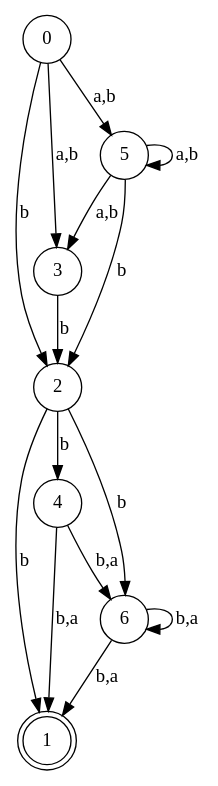
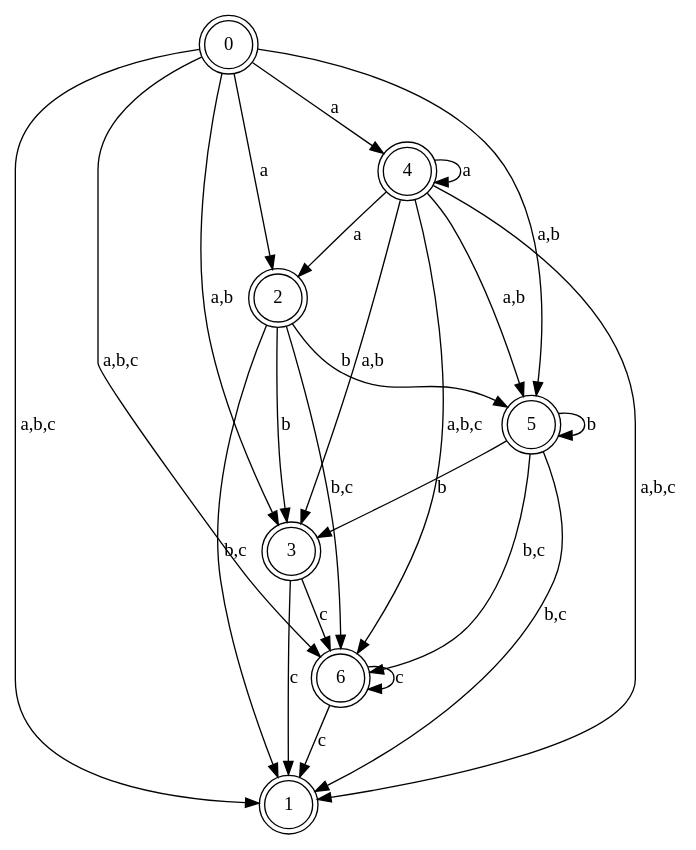
The diagram in projeto_1/test-output/graph.gv (igorbragaia/CTC-34), drawn with Graphviz before and after one commit. The commit also changed 2 other files, not shown here.

```diff
--- a/projeto_1/test-output/graph.gv
+++ b/projeto_1/test-output/graph.gv
@@ -1,23 +1,33 @@
 digraph {
-	0 [shape=circle]
+	0 [shape=doublecircle]
 	1 [shape=doublecircle]
-	2 [shape=circle]
-	3 [shape=circle]
-	4 [shape=circle]
-	5 [shape=circle]
-	6 [shape=circle]
+	2 [shape=doublecircle]
+	3 [shape=doublecircle]
+	4 [shape=doublecircle]
+	5 [shape=doublecircle]
+	6 [shape=doublecircle]
+	0 -> 4 [label=a]
+	0 -> 2 [label=a]
 	0 -> 5 [label="a,b"]
 	0 -> 3 [label="a,b"]
-	0 -> 2 [label=b]
-	2 -> 4 [label=b]
-	2 -> 6 [label=b]
-	2 -> 1 [label=b]
-	3 -> 2 [label=b]
-	4 -> 6 [label="b,a"]
-	4 -> 1 [label="b,a"]
-	5 -> 5 [label="a,b"]
-	5 -> 3 [label="a,b"]
-	5 -> 2 [label=b]
-	6 -> 6 [label="b,a"]
-	6 -> 1 [label="b,a"]
+	0 -> 6 [label="a,b,c"]
+	0 -> 1 [label="a,b,c"]
+	2 -> 5 [label=b]
+	2 -> 3 [label=b]
+	2 -> 6 [label="b,c"]
+	2 -> 1 [label="b,c"]
+	3 -> 6 [label=c]
+	3 -> 1 [label=c]
+	4 -> 4 [label=a]
+	4 -> 2 [label=a]
+	4 -> 5 [label="a,b"]
+	4 -> 3 [label="a,b"]
+	4 -> 6 [label="a,b,c"]
+	4 -> 1 [label="a,b,c"]
+	5 -> 5 [label=b]
+	5 -> 3 [label=b]
+	5 -> 6 [label="b,c"]
+	5 -> 1 [label="b,c"]
+	6 -> 6 [label=c]
+	6 -> 1 [label=c]
 }
```
